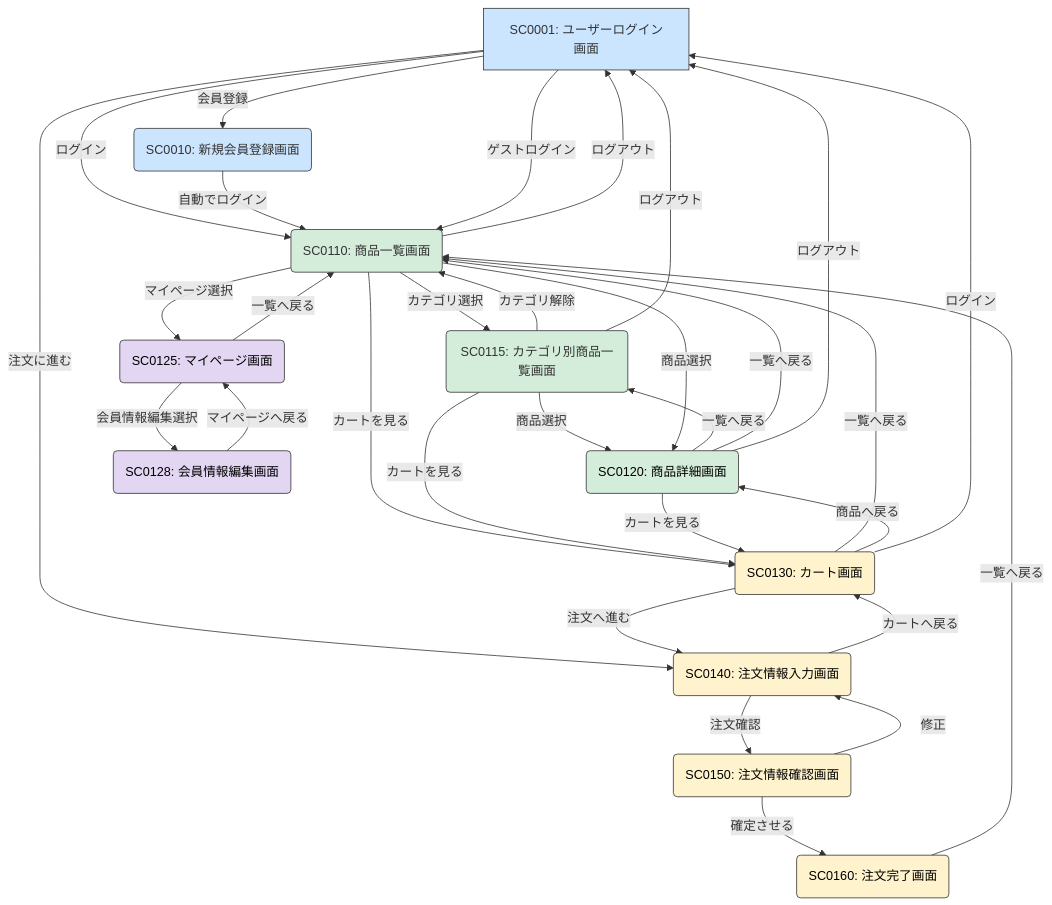
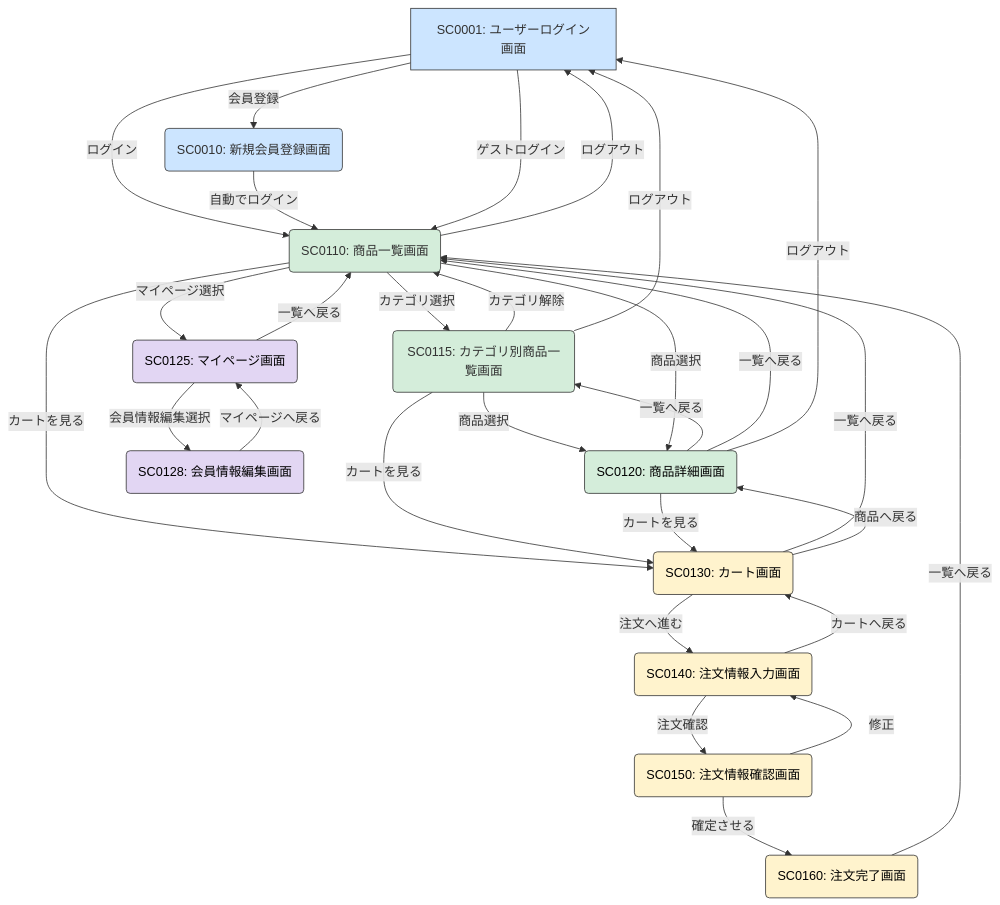
The fifth of 11 diagrams in 基本設計/基本設計書.md (YUKlT0/Equipe), drawn with Mermaid before and after one commit.

Commit message:
ログイン画面遷移

```diff
--- a/基本設計/基本設計書.md
+++ b/基本設計/基本設計書.md
@@ -335,57 +335,54 @@
 <div class="mermaid">
 graph TD
     A[SC0001: ユーザーログイン画面] -- ログイン --> C(SC0110: 商品一覧画面);
 
     A -- 会員登録 --> B(SC0010: 新規会員登録画面);
 
     B -- 自動でログイン --> C;
 
     A -- ゲストログイン --> C;
 
     C -- カテゴリ選択 --> D(SC0115: カテゴリ別商品一覧画面);
     D -- カテゴリ解除 --> C;
     D -- 商品選択 --> E(SC0120: 商品詳細画面);
     E -- 一覧へ戻る --> D;
 　
     C -- マイページ選択 --> V(SC0125: マイページ画面);
     V -- 一覧へ戻る --> C;
 
     V -- 会員情報編集選択 --> W(SC0128: 会員情報編集画面);
     W -- マイページへ戻る --> V;
 
     C -- 商品選択 --> E(SC0120: 商品詳細画面);
     E -- 一覧へ戻る --> C;
 
     C -- カートを見る --> F(SC0130: カート画面);
     D -- カートを見る --> F;
     E -- カートを見る --> F;
     F -- 一覧へ戻る --> C;
     F -- 商品へ戻る --> E;
 
-    F -- ログイン --> A;
-    A -- 注文に進む --> G;
-
     F -- 注文へ進む --> G(SC0140: 注文情報入力画面);
     G -- カートへ戻る --> F;
     G -- 注文確認 --> H(SC0150: 注文情報確認画面);
     H -- 修正 --> G;
     H -- 確定させる --> I(SC0160: 注文完了画面);
     I -- 一覧へ戻る --> C;
 
     C -- ログアウト --> A;
     D -- ログアウト --> A;
     E -- ログアウト --> A;
 
     style A fill:#cce5ff,stroke:#333,stroke-width:1px
     style B fill:#cce5ff,stroke:#333,stroke-width:1px
     style C fill:#d4edda,stroke:#333,stroke-width:1px
     style D fill:#d4edda,stroke:#333,stroke-width:1px
     style E fill:#d4edda,stroke:#333,stroke-width:1px,color:#000
     style F fill:#fff3cd,stroke:#333,stroke-width:1px,color:#000
     style G fill:#fff3cd,stroke:#333,stroke-width:1px,color:#000
     style H fill:#fff3cd,stroke:#333,stroke-width:1px,color:#000
     style I fill:#fff3cd,stroke:#333,stroke-width:1px,color:#000
     style V fill:#e2d6f3,stroke:#333,stroke-width:1px,color:#000
     style W fill:#e2d6f3,stroke:#333,stroke-width:1px,color:#000
 
 </div>
```
